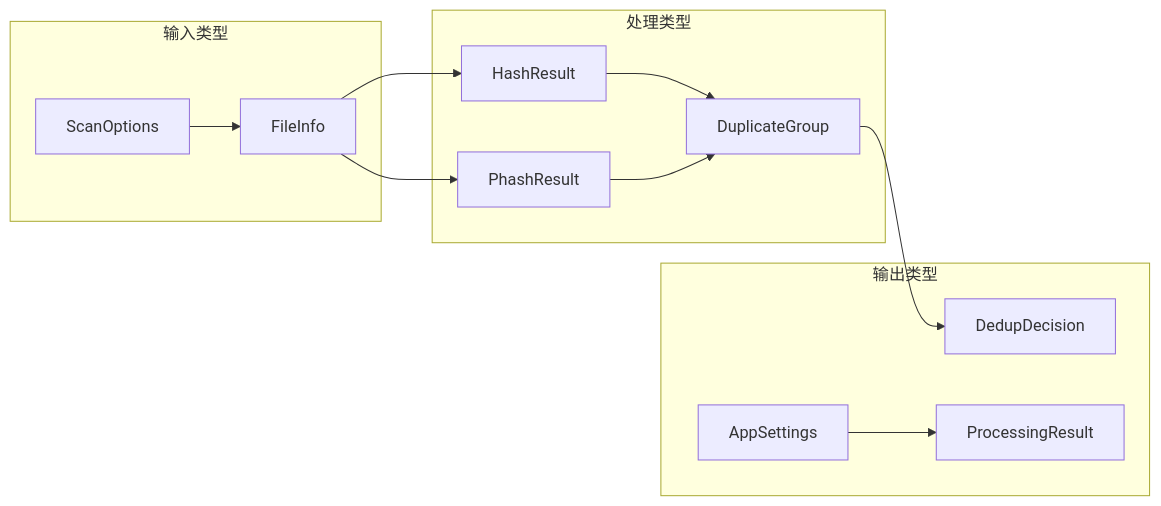
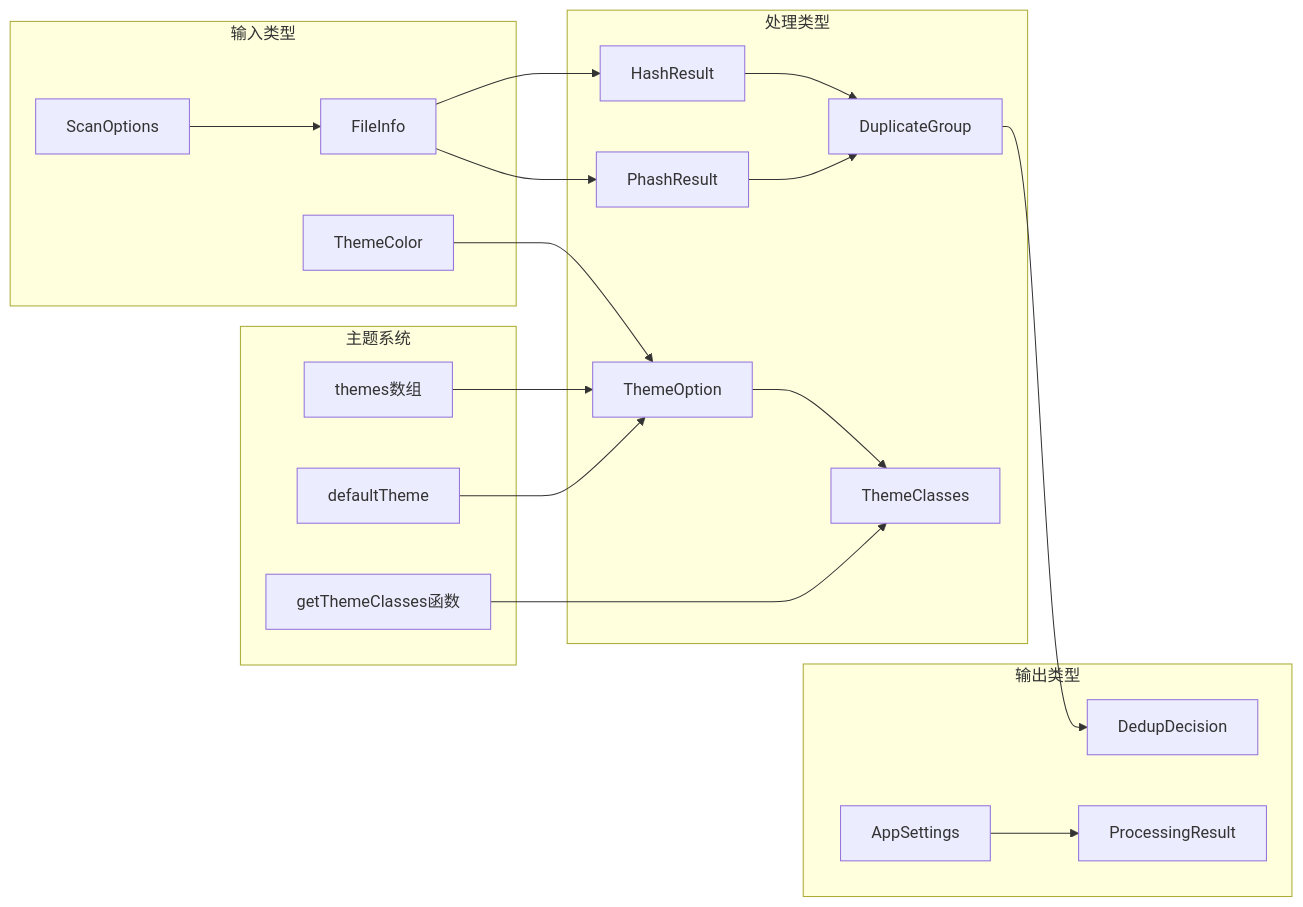
Before and after one commit to remgasuki/ReDoPhoto: the tenth of 10 diagrams in .qoder/repowiki/zh/content/API参考手册/类型定义参考.md, drawn with Mermaid. The commit also changed other lines of this file and 10 other files, not shown here.

````diff
--- a/.qoder/repowiki/zh/content/API参考手册/类型定义参考.md
+++ b/.qoder/repowiki/zh/content/API参考手册/类型定义参考.md
@@ -418,24 +622,37 @@
 ```mermaid
 graph LR
 subgraph "输入类型"
 FileInfo[FileInfo]
 ScanOptions[ScanOptions]
+ThemeColor[ThemeColor]
 end
 subgraph "处理类型"
 HashResult[HashResult]
 PhashResult[PhashResult]
 DuplicateGroup[DuplicateGroup]
+ThemeClasses[ThemeClasses]
+ThemeOption[ThemeOption]
 end
 subgraph "输出类型"
 DedupDecision[DedupDecision]
 ProcessingResult[ProcessingResult]
 AppSettings[AppSettings]
+end
+subgraph "主题系统"
+themes[themes数组]
+defaultTheme[defaultTheme]
+getThemeClasses[getThemeClasses函数]
 end
 FileInfo --> HashResult
 FileInfo --> PhashResult
 HashResult --> DuplicateGroup
 PhashResult --> DuplicateGroup
 ScanOptions --> FileInfo
 DuplicateGroup --> DedupDecision
 AppSettings --> ProcessingResult
+ThemeOption --> ThemeClasses
+ThemeColor --> ThemeOption
+themes --> ThemeOption
+defaultTheme --> ThemeOption
+getThemeClasses --> ThemeClasses
 ```
````
